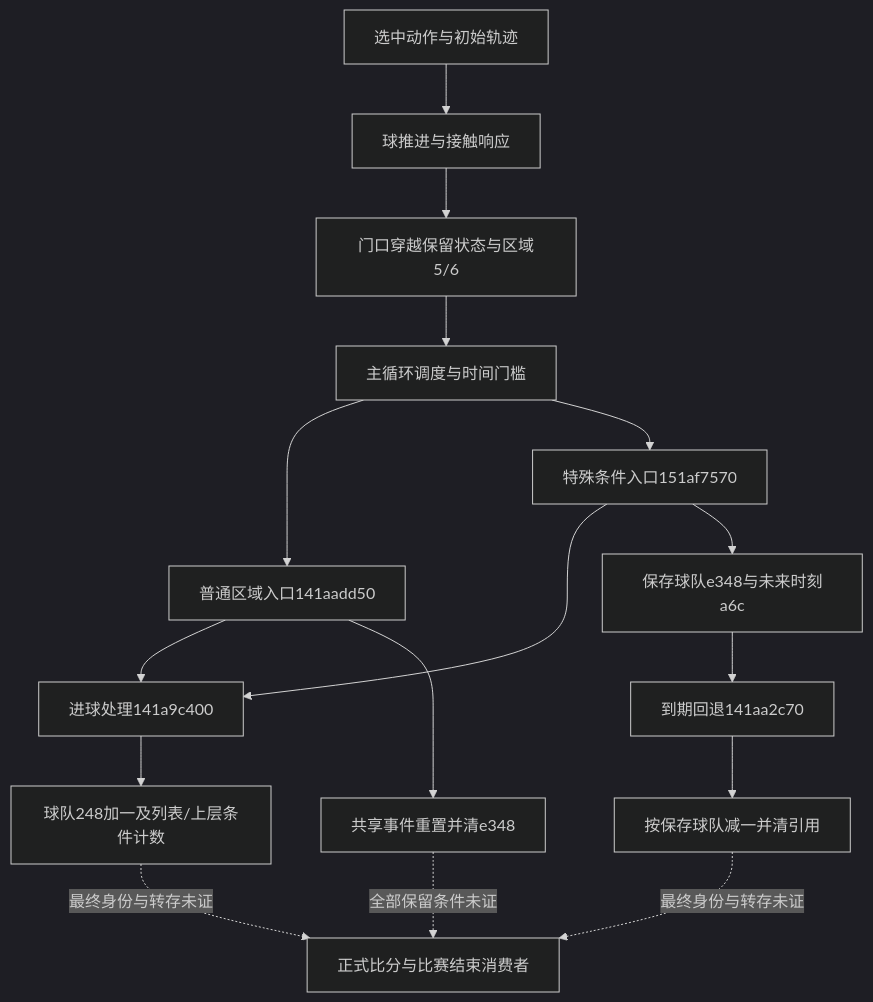
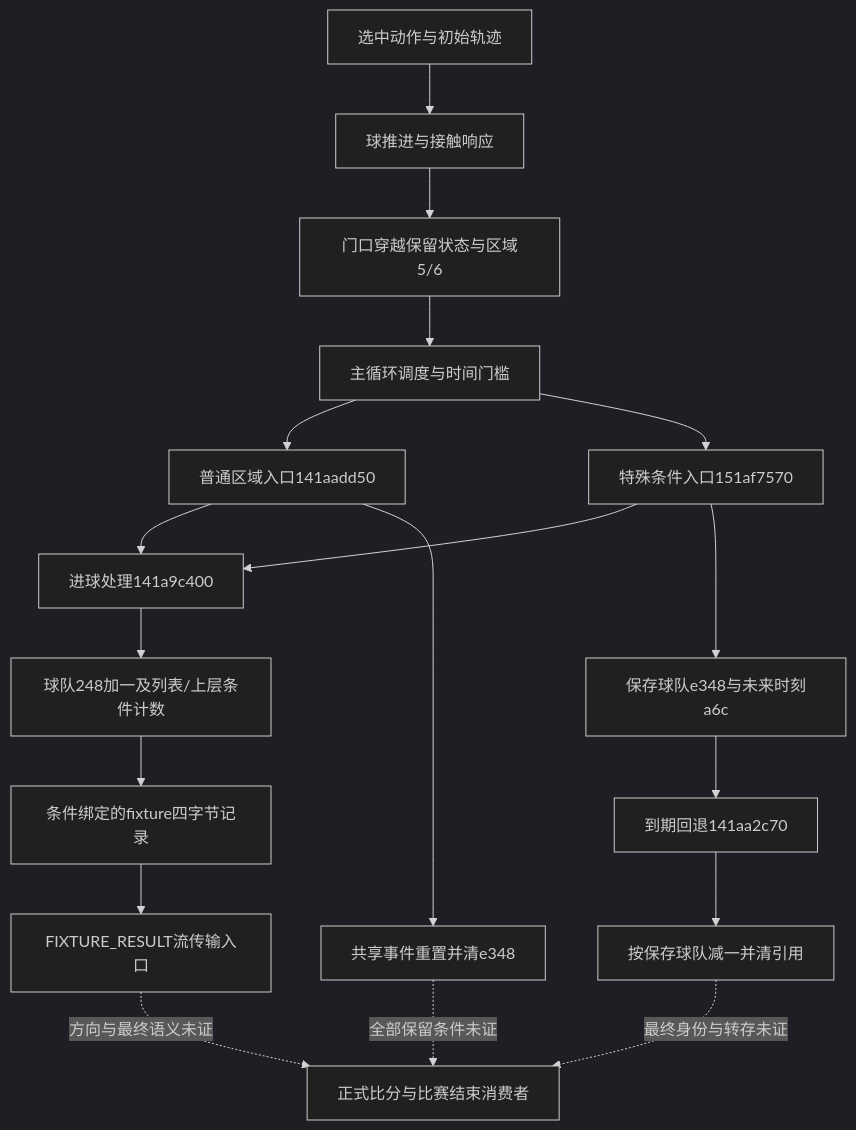
One commit to appleface2050/FM24-Engine-Research changed the diagram in RESEARCH_MAP.md. Above: the diagram before and after it, drawn with Mermaid (dark theme). The commit also changed other lines of this file and 7 other files, not shown here.

````diff
--- a/RESEARCH_MAP.md
+++ b/RESEARCH_MAP.md
@@ -20,18 +20,20 @@
 ```mermaid
 flowchart TD
     A[选中动作与初始轨迹] --> B[球推进与接触响应]
     B --> C[门口穿越保留状态与区域5/6]
     C --> D[主循环调度与时间门槛]
     D --> E[普通区域入口141aadd50]
     E --> F[进球处理141a9c400]
     F --> G[球队248加一及列表/上层条件计数]
     E --> H[共享事件重置并清e348]
     D --> I[特殊条件入口151af7570]
     I --> F
     I --> J[保存球队e348与未来时刻a6c]
     J --> K[到期回退141aa2c70]
     K --> L[按保存球队减一并清引用]
-    G -. 最终身份与转存未证 .-> M[正式比分与比赛结束消费者]
+    G --> N[条件绑定的fixture四字节记录]
+    N --> O[FIXTURE_RESULT流传输入口]
+    O -. 方向与最终语义未证 .-> M[正式比分与比赛结束消费者]
     L -. 最终身份与转存未证 .-> M
     H -. 全部保留条件未证 .-> M
 ```
````
